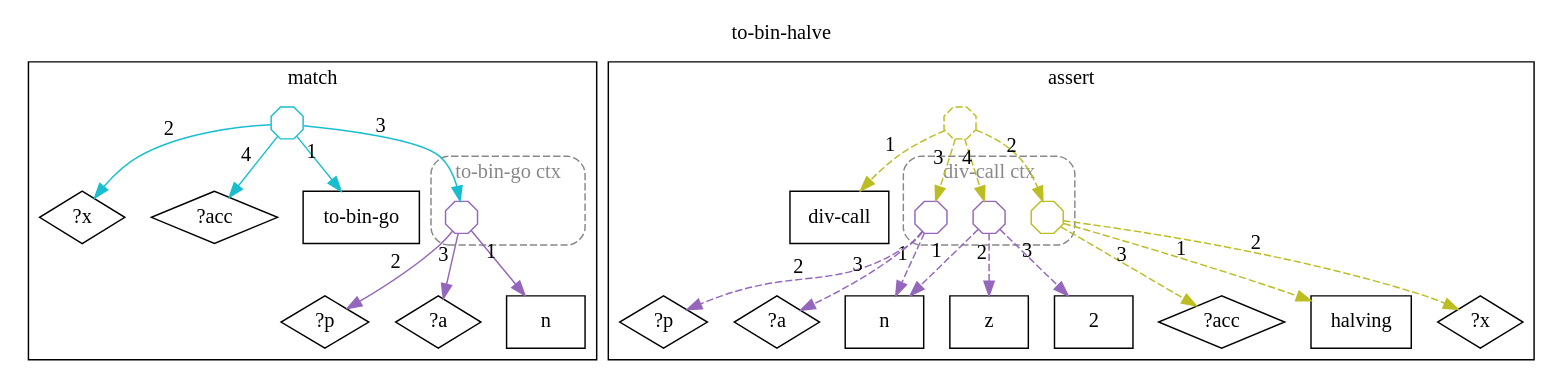
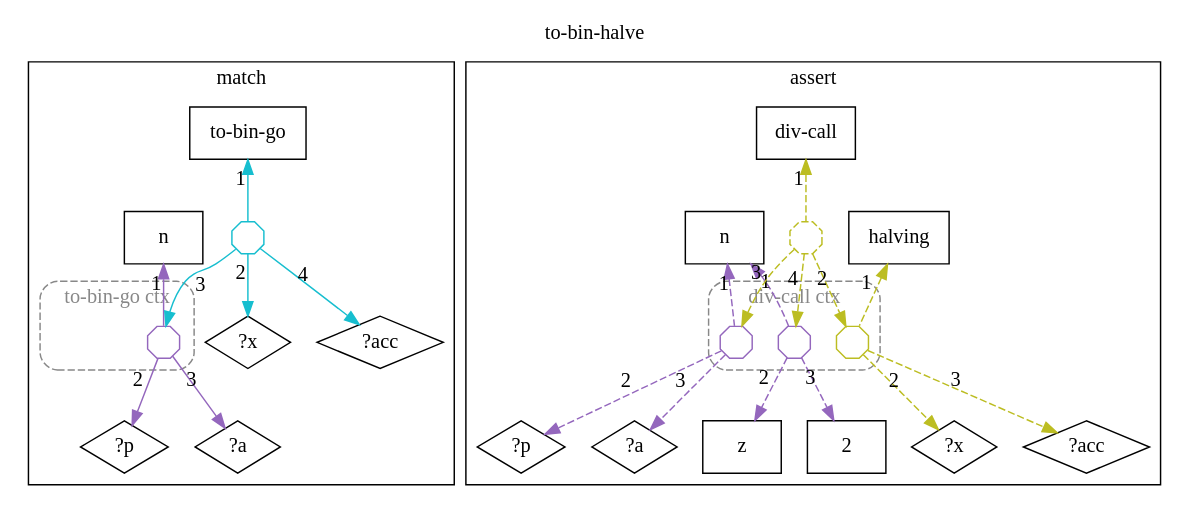
The diagram in docs/ein/user/04-reference/04-stdlib/diagrams/15-std.math.convert.to-bin-halve.dot (agutikov/ein), drawn with Graphviz before and after one commit. The commit also changed 1275 other files, not shown here.

```diff
--- a/docs/ein/user/04-reference/04-stdlib/diagrams/15-std.math.convert.to-bin-halve.dot
+++ b/docs/ein/user/04-reference/04-stdlib/diagrams/15-std.math.convert.to-bin-halve.dot
@@ -1,55 +1,55 @@
 digraph rule_to_bin_halve_lhs_rhs {
   rankdir=TB;
   label="to-bin-halve"; labelloc=t;
   subgraph cluster_lhs { label="match";
     "to-bin-go_L" [label="to-bin-go", shape=box];
     "?x_L" [label="?x", shape=diamond];
     "n_L" [label="n", shape=box];
     "?p_L" [label="?p", shape=diamond];
     "?a_L" [label="?a", shape=diamond];
     "?acc_L" [label="?acc", shape=diamond];
     subgraph cluster_ctx_L_0 {
       label="to-bin-go ctx"; style="dashed,rounded"; color="#888888"; fontcolor="#888888";
       "(n ?p ?a)_L" [shape=octagon, label="", width=0.3, height=0.3, fixedsize=true, color="#9467bd"];
     }
     "h1_to-bin-go_L" [shape=octagon, label="", width=0.3, height=0.3, fixedsize=true, color="#17becf"];
-    "h1_to-bin-go_L" -> "to-bin-go_L" [xlabel="1", color="#17becf"];
+    "to-bin-go_L" -> "h1_to-bin-go_L" [xlabel="1", dir=back, color="#17becf"];
     "h1_to-bin-go_L" -> "?x_L" [xlabel="2", color="#17becf"];
     "h1_to-bin-go_L" -> "(n ?p ?a)_L" [xlabel="3", color="#17becf"];
     "h1_to-bin-go_L" -> "?acc_L" [xlabel="4", color="#17becf"];
-    "(n ?p ?a)_L" -> "n_L" [xlabel="1", color="#9467bd"];
+    "n_L" -> "(n ?p ?a)_L" [xlabel="1", dir=back, color="#9467bd"];
     "(n ?p ?a)_L" -> "?p_L" [xlabel="2", color="#9467bd"];
     "(n ?p ?a)_L" -> "?a_L" [xlabel="3", color="#9467bd"];
   }
   subgraph cluster_rhs { label="assert";
     "div-call_R" [label="div-call", shape=box];
     "halving_R" [label="halving", shape=box];
     "?x_R" [label="?x", shape=diamond];
     "?acc_R" [label="?acc", shape=diamond];
     "n_R" [label="n", shape=box];
     "?p_R" [label="?p", shape=diamond];
     "?a_R" [label="?a", shape=diamond];
     "z_R" [label="z", shape=box];
     "2_R" [label="2", shape=box];
     subgraph cluster_ctx_R_0 {
       label="div-call ctx"; style="dashed,rounded"; color="#888888"; fontcolor="#888888";
       "(halving ?x ?acc)_R" [shape=octagon, label="", width=0.3, height=0.3, fixedsize=true, color="#bcbd22"];
       "(n ?p ?a)_R" [shape=octagon, label="", width=0.3, height=0.3, fixedsize=true, color="#9467bd"];
       "(n z 2)_R" [shape=octagon, label="", width=0.3, height=0.3, fixedsize=true, color="#9467bd"];
     }
     "h2_div-call_R" [shape=octagon, label="", width=0.3, height=0.3, fixedsize=true, color="#bcbd22", style=dashed];
-    "h2_div-call_R" -> "div-call_R" [xlabel="1", color="#bcbd22", style=dashed];
+    "div-call_R" -> "h2_div-call_R" [xlabel="1", dir=back, color="#bcbd22", style=dashed];
     "h2_div-call_R" -> "(halving ?x ?acc)_R" [xlabel="2", color="#bcbd22", style=dashed];
     "h2_div-call_R" -> "(n ?p ?a)_R" [xlabel="3", color="#bcbd22", style=dashed];
     "h2_div-call_R" -> "(n z 2)_R" [xlabel="4", color="#bcbd22", style=dashed];
-    "(halving ?x ?acc)_R" -> "halving_R" [xlabel="1", color="#bcbd22", style=dashed];
+    "halving_R" -> "(halving ?x ?acc)_R" [xlabel="1", dir=back, color="#bcbd22", style=dashed];
     "(halving ?x ?acc)_R" -> "?x_R" [xlabel="2", color="#bcbd22", style=dashed];
     "(halving ?x ?acc)_R" -> "?acc_R" [xlabel="3", color="#bcbd22", style=dashed];
-    "(n ?p ?a)_R" -> "n_R" [xlabel="1", color="#9467bd", style=dashed];
+    "n_R" -> "(n ?p ?a)_R" [xlabel="1", dir=back, color="#9467bd", style=dashed];
     "(n ?p ?a)_R" -> "?p_R" [xlabel="2", color="#9467bd", style=dashed];
     "(n ?p ?a)_R" -> "?a_R" [xlabel="3", color="#9467bd", style=dashed];
-    "(n z 2)_R" -> "n_R" [xlabel="1", color="#9467bd", style=dashed];
+    "n_R" -> "(n z 2)_R" [xlabel="1", dir=back, color="#9467bd", style=dashed];
     "(n z 2)_R" -> "z_R" [xlabel="2", color="#9467bd", style=dashed];
     "(n z 2)_R" -> "2_R" [xlabel="3", color="#9467bd", style=dashed];
   }
 }
```
